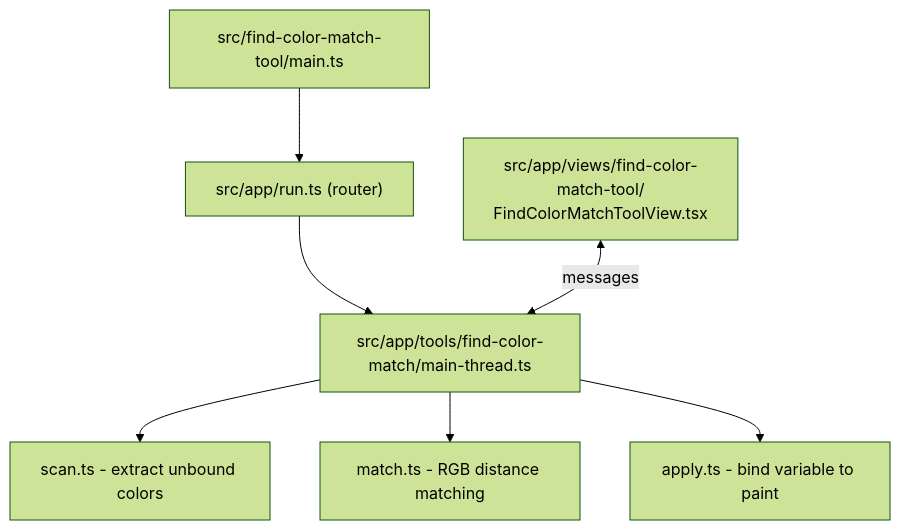
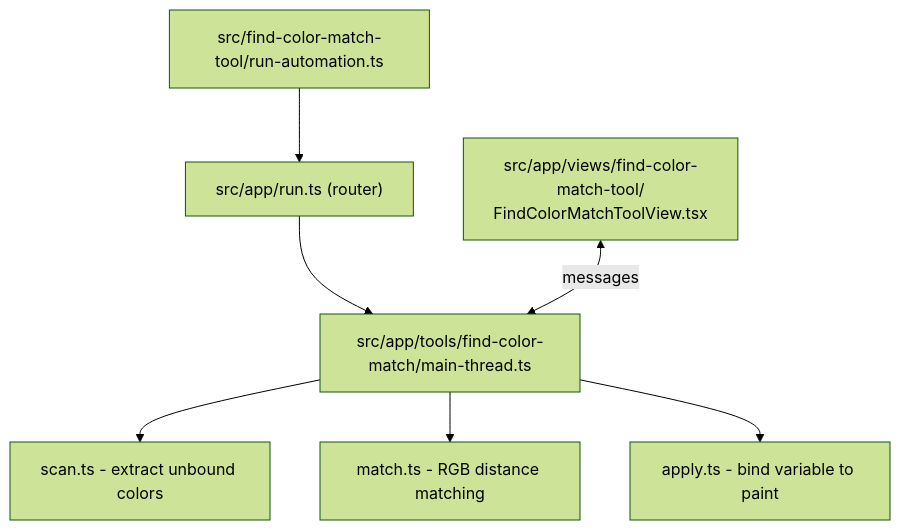
Before and after one commit to bulatdavletov/figma-jb-design-tools: the first of 2 diagrams in .cursor/plans/find_color_match_tool_f7b4efbe.plan.md, drawn with Mermaid (forest theme). The commit also changed other lines of this file and 231 other files, not shown here.

````diff
--- a/.cursor/plans/find_color_match_tool_f7b4efbe.plan.md
+++ b/.cursor/plans/find_color_match_tool_f7b4efbe.plan.md
@@ -68,9 +68,9 @@
 ```mermaid
 flowchart TD
-    Entry["src/find-color-match-tool/main.ts"] --> Run["src/app/run.ts (router)"]
+    Entry["src/find-color-match-tool/run-automation.ts"] --> Run["src/app/run.ts (router)"]
     Run --> MainThread["src/app/tools/find-color-match/main-thread.ts"]
     MainThread --> Scan["scan.ts - extract unbound colors"]
     MainThread --> Match["match.ts - RGB distance matching"]
     MainThread --> Apply["apply.ts - bind variable to paint"]
     UI["src/app/views/find-color-match-tool/\nFindColorMatchToolView.tsx"] <-->|messages| MainThread
 ```
````
